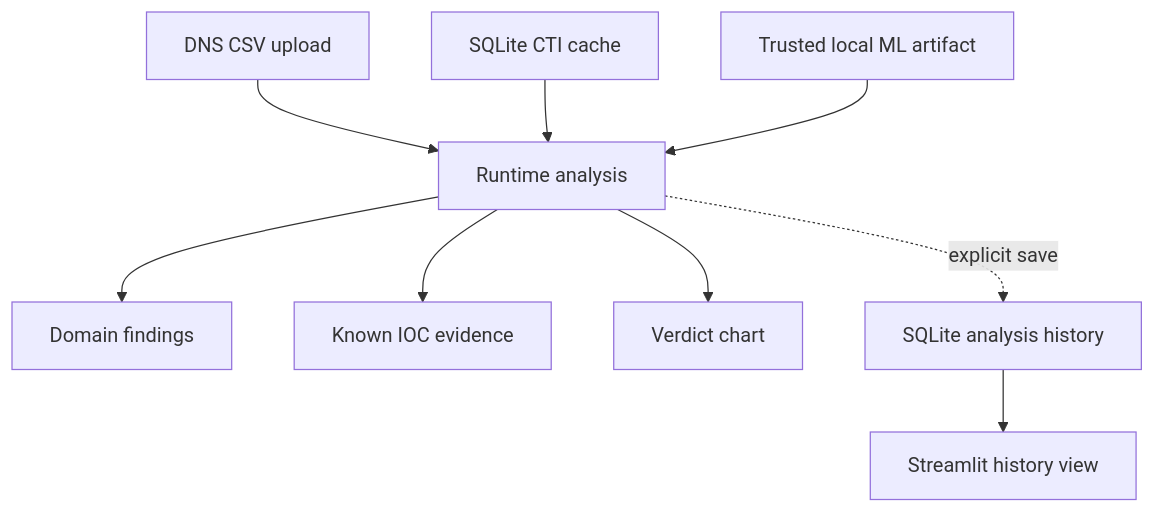
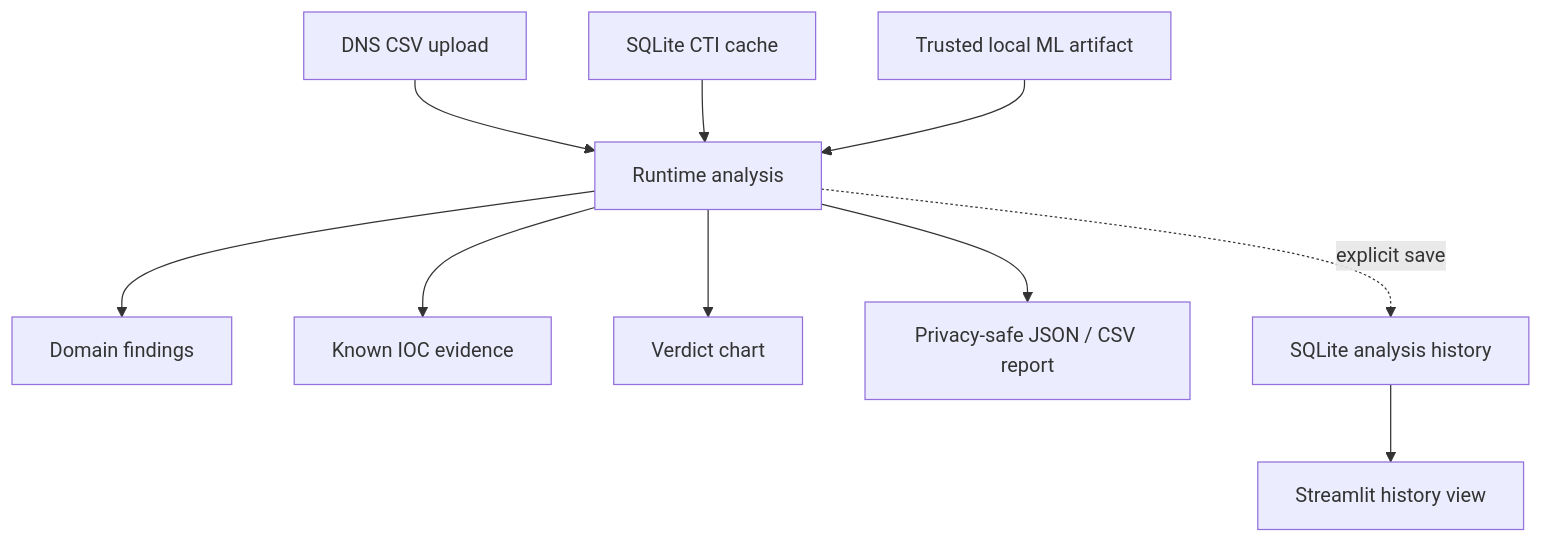
Before and after one commit to ConquestorYa/threatfusion-ai: the fourth of 6 diagrams in docs/ARCHITECTURE.md, drawn with Mermaid. The commit also changed other lines of this file, not shown here.

Commit message:
docs: document privacy-safe report export

````diff
--- a/docs/ARCHITECTURE.md
+++ b/docs/ARCHITECTURE.md
@@ -74,11 +74,12 @@
 ```mermaid
 flowchart TD
     Upload[DNS CSV upload] --> Runtime[Runtime analysis]
     Cache[SQLite CTI cache] --> Runtime
     Model[Trusted local ML artifact] --> Runtime
     Runtime --> Findings[Domain findings]
     Runtime --> Evidence[Known IOC evidence]
     Runtime --> Chart[Verdict chart]
+    Runtime --> Export[Privacy-safe JSON / CSV report]
     Runtime -. explicit save .-> History[SQLite analysis history]
     History --> Dashboard[Streamlit history view]
 ```
````
